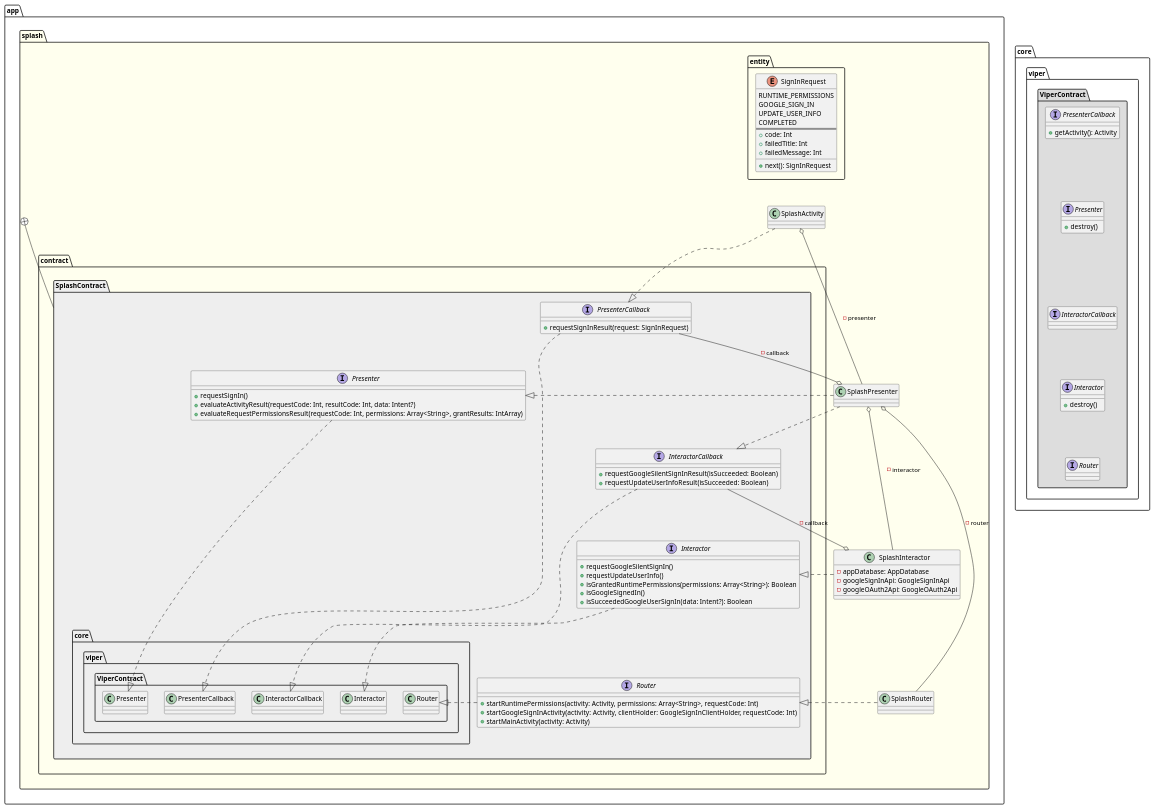
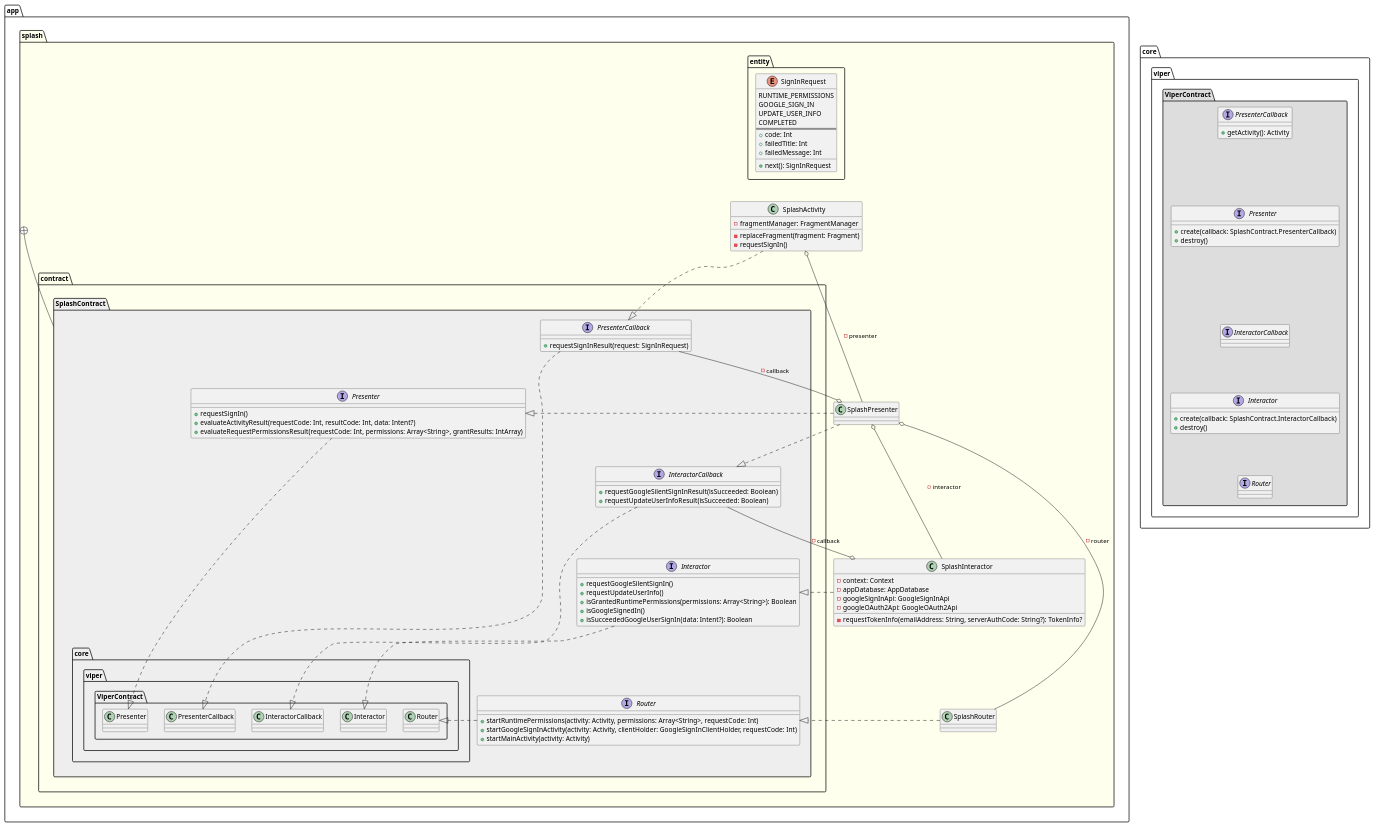
One commit to sallyluenoa/PhotoSlideShow changed the diagram in uml/splash/class_diagram_splash_viper.md. Above: the diagram before and after it, drawn with PlantUML. The commit also changed 3 other files, not shown here.

First line of the commit message:
Write UML for design #13

```diff
--- a/uml/splash/class_diagram_splash_viper.md
+++ b/uml/splash/class_diagram_splash_viper.md
@@ -18,12 +18,18 @@
     SignInRequest -[hidden]-> app.splash.SplashActivity
   }
 
-  class SplashActivity
+  class SplashActivity {
+    - fragmentManager: FragmentManager
+    - replaceFragment(fragment: Fragment)
+    - requestSignIn()
+  }
   class SplashPresenter
   class SplashInteractor {
+    - context: Context
     - appDatabase: AppDatabase
     - googleSignInApi: GoogleSignInApi
     - googleOAuth2Api: GoogleOAuth2Api
+    - requestTokenInfo(emailAddress: String, serverAuthCode: String?): TokenInfo?
   }
   class SplashRouter
 
@@ -88,12 +94,14 @@
 
 namespace core.viper.ViperContract #DDDDDD {
   interface Presenter {
+    + create(callback: SplashContract.PresenterCallback)
     + destroy()
   }
   interface PresenterCallback {
     + getActivity(): Activity
   }
   interface Interactor {
+    + create(callback: SplashContract.InteractorCallback)
     + destroy()
   }
   interface InteractorCallback
```
